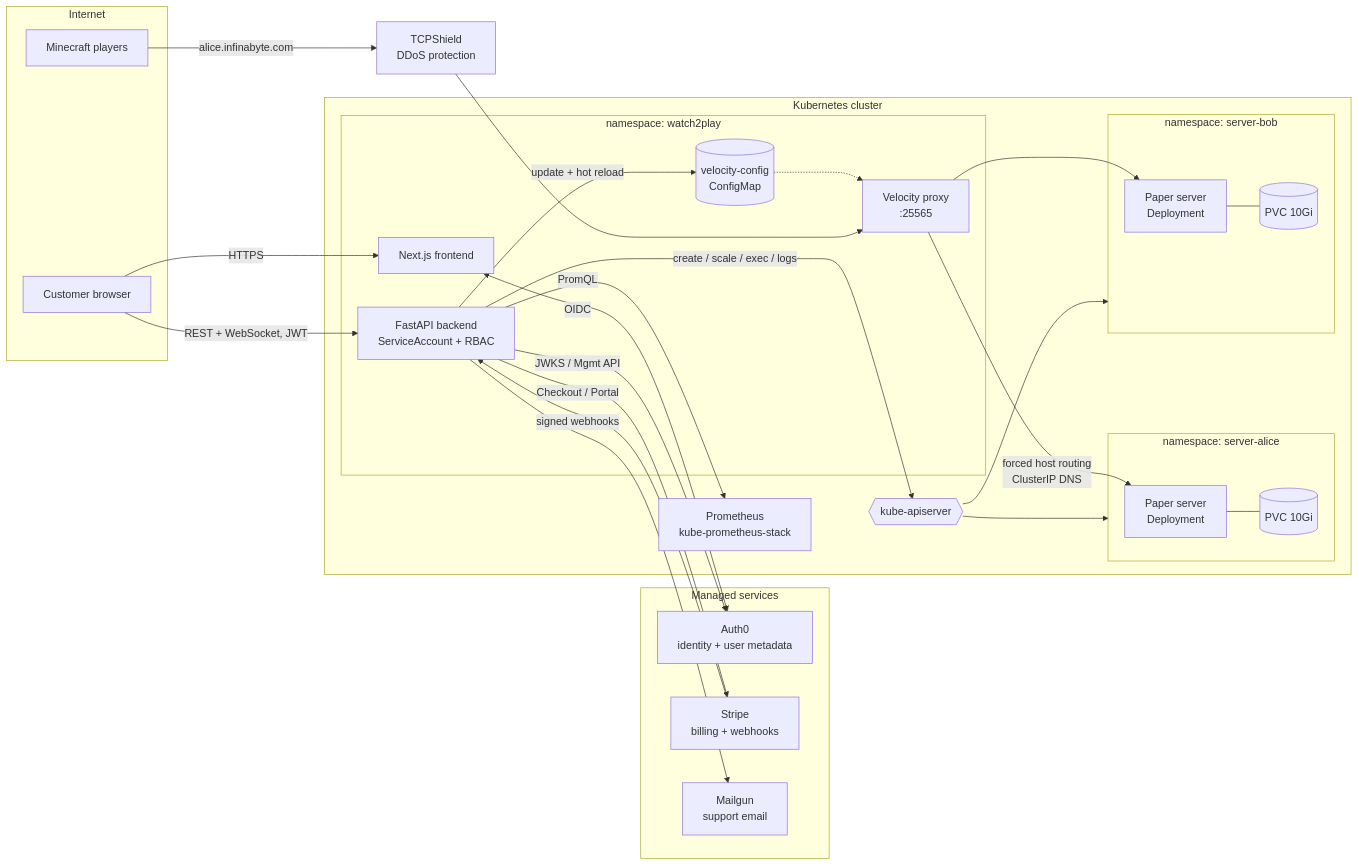
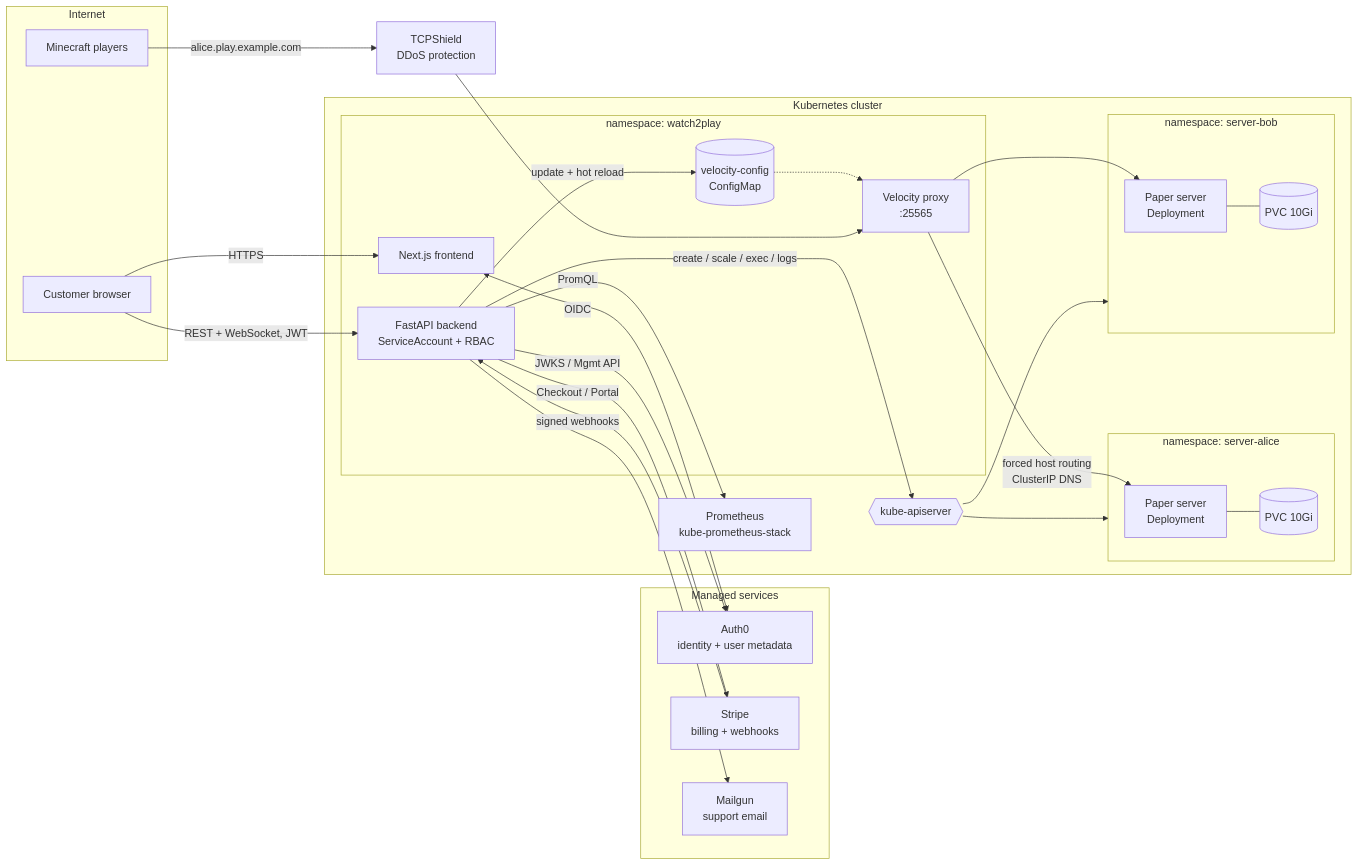
Before and after one commit to jstrebeck/game-server-platform: the first of 2 diagrams in README.md, drawn with Mermaid. The commit also changed other lines of this file and 1 other file, not shown here.

````diff
--- a/README.md
+++ b/README.md
@@ -111,54 +111,54 @@
 ```mermaid
 flowchart LR
     subgraph Internet
         U[Customer browser]
         P[Minecraft players]
     end
 
     subgraph SaaS[Managed services]
         A0[Auth0<br/>identity + user metadata]
         ST[Stripe<br/>billing + webhooks]
         MG[Mailgun<br/>support email]
     end
 
     TCP[TCPShield<br/>DDoS protection]
 
     subgraph K8s[Kubernetes cluster]
         subgraph ns_app[namespace: watch2play]
             FE[Next.js frontend]
             BE[FastAPI backend<br/>ServiceAccount + RBAC]
             V[Velocity proxy<br/>:25565]
             CM[(velocity-config<br/>ConfigMap)]
         end
         API{{kube-apiserver}}
         PROM[Prometheus<br/>kube-prometheus-stack]
         subgraph ns_a[namespace: server-alice]
             MA[Paper server<br/>Deployment]
             PVA[(PVC 10Gi)]
         end
         subgraph ns_b[namespace: server-bob]
             MB[Paper server<br/>Deployment]
             PVB[(PVC 10Gi)]
         end
     end
 
     U -->|HTTPS| FE
     U -->|REST + WebSocket, JWT| BE
     FE <-->|OIDC| A0
     BE -->|JWKS / Mgmt API| A0
     BE -->|Checkout / Portal| ST
     ST -->|signed webhooks| BE
     BE --> MG
 
     BE -->|create / scale / exec / logs| API
     API --> ns_a & ns_b
     BE -->|update + hot reload| CM
     CM -.-> V
     BE -->|PromQL| PROM
 
-    P -->|alice.infinabyte.com| TCP --> V
+    P -->|alice.play.example.com| TCP --> V
     V -->|forced host routing<br/>ClusterIP DNS| MA
     V --> MB
     MA --- PVA
     MB --- PVB
 ```
````
